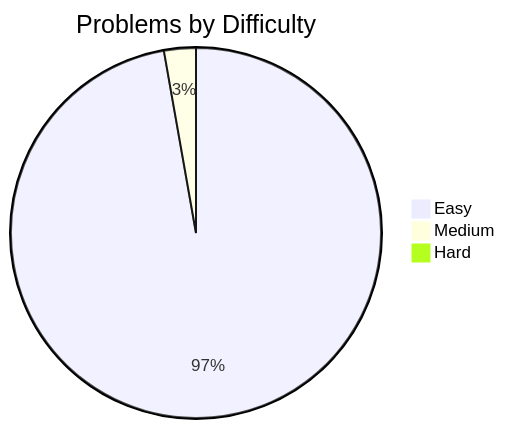
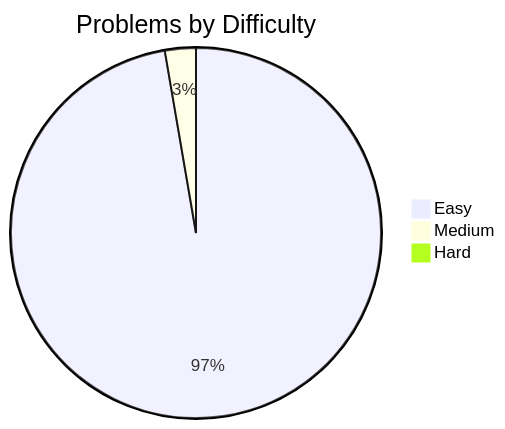
The diagram in README.md (davelin18yufan/leetcode-journal), drawn with Mermaid before and after one commit. The commit also changed other lines of this file and 5 other files, not shown here.

````diff
--- a/README.md
+++ b/README.md
@@ -7,7 +7,7 @@
 ```mermaid
 pie
     title Problems by Difficulty
-    "Easy" : 35
+    "Easy" : 36
     "Medium" : 1
     "Hard" : 0
 ```
````
